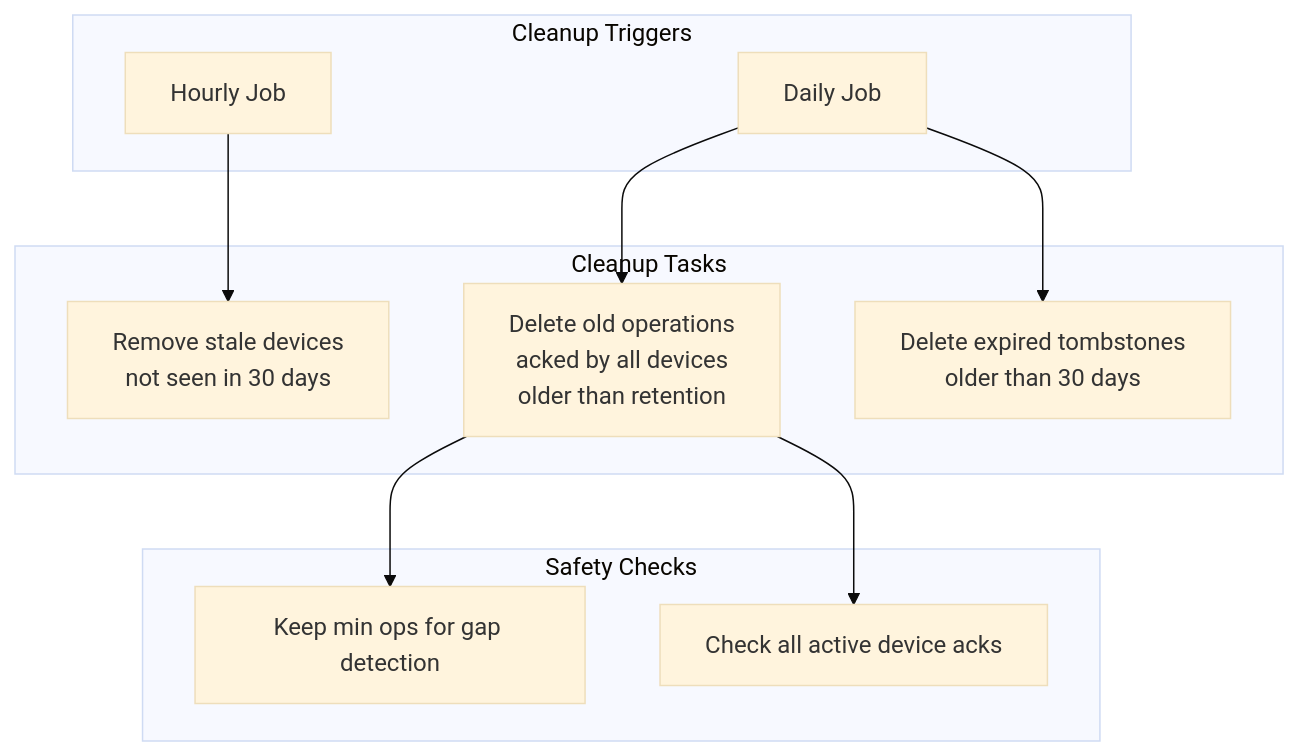
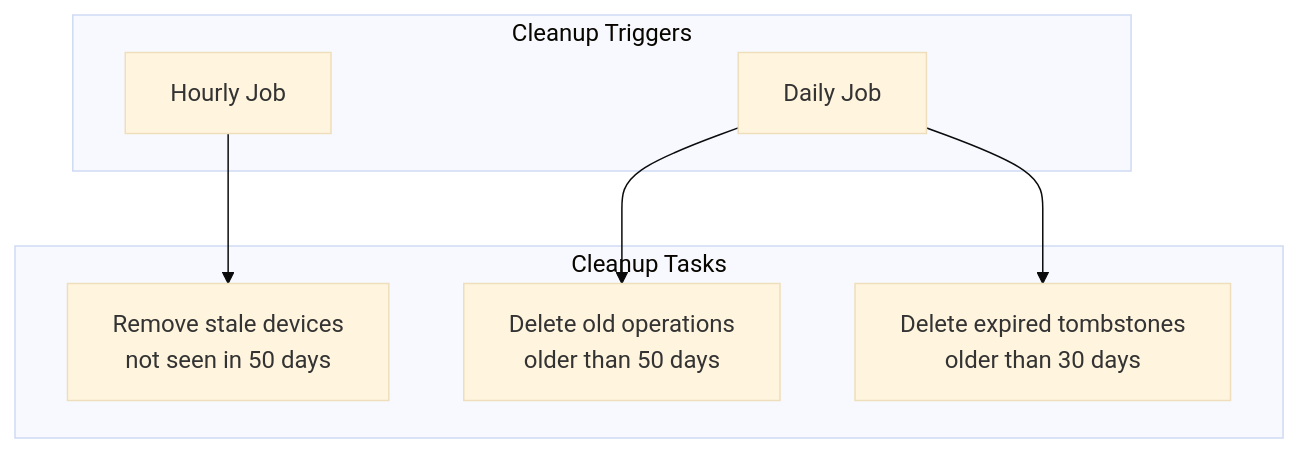
One commit to johannesjo/super-productivity changed diagram 15 of 26 in packages/super-sync-server/sync-server-architecture-diagrams.md. Above: the diagram before and after it, drawn with Mermaid (base theme). The commit also changed other lines of this file and 12 other files, not shown here.

````diff
--- a/packages/super-sync-server/sync-server-architecture-diagrams.md
+++ b/packages/super-sync-server/sync-server-architecture-diagrams.md
@@ -490,25 +469,17 @@
 ```mermaid
 flowchart TB
     subgraph Triggers["Cleanup Triggers"]
         Hourly[Hourly Job]
         Daily[Daily Job]
     end
 
     subgraph Cleanup["Cleanup Tasks"]
-        StaleDevices[Remove stale devices<br/>not seen in 30 days]
-        OldOps[Delete old operations<br/>acked by all devices<br/>older than retention]
+        StaleDevices[Remove stale devices<br/>not seen in 50 days]
+        OldOps[Delete old operations<br/>older than 50 days]
         ExpiredTombstones[Delete expired tombstones<br/>older than 30 days]
-    end
-
-    subgraph Safety["Safety Checks"]
-        MinRetained[Keep min ops for gap detection]
-        ActiveDevices[Check all active device acks]
     end
 
     Hourly --> StaleDevices
     Daily --> OldOps
     Daily --> ExpiredTombstones
-
-    OldOps --> MinRetained
-    OldOps --> ActiveDevices
 ```
````
